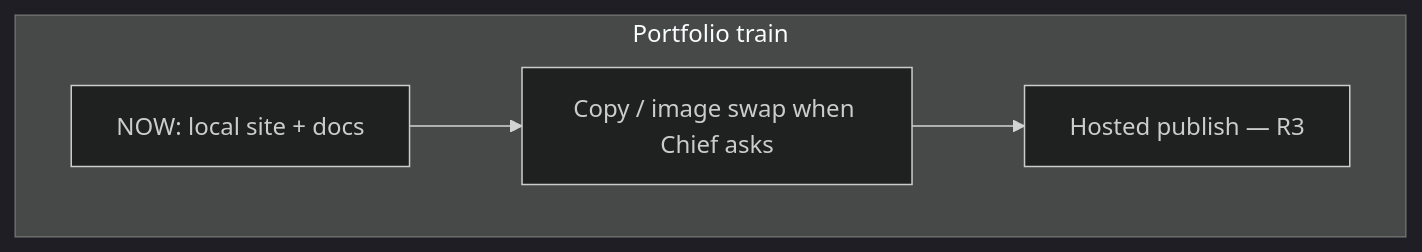
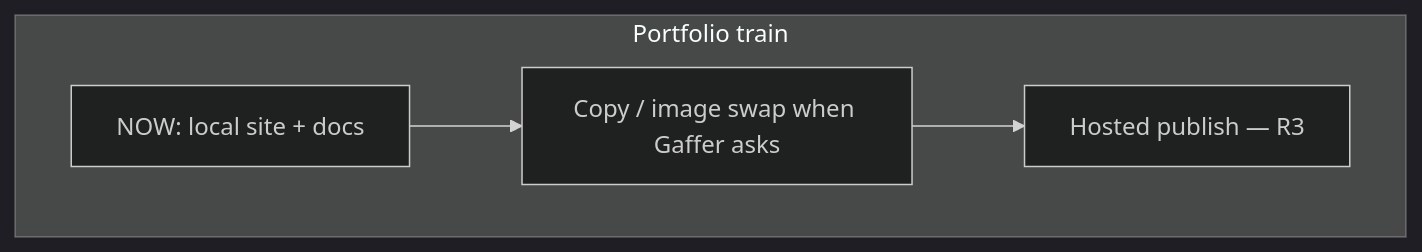
The diagram in projects/corporate/portfolio-drnovia/ROADMAP.md (drferdi/Monorepo-safrs), drawn with Mermaid (dark theme) before and after one commit. The commit also changed other lines of this file and 37 other files, not shown here.

````diff
--- a/projects/corporate/portfolio-drnovia/ROADMAP.md
+++ b/projects/corporate/portfolio-drnovia/ROADMAP.md
@@ -6,9 +6,9 @@
 ```mermaid
 flowchart TB
   subgraph Train["Portfolio train"]
     P0["NOW: local site + docs"]
-    P1["Copy / image swap when Chief asks"]
+    P1["Copy / image swap when Gaffer asks"]
     P2["Hosted publish — R3"]
   end
   P0 --> P1 --> P2
 ```
````
